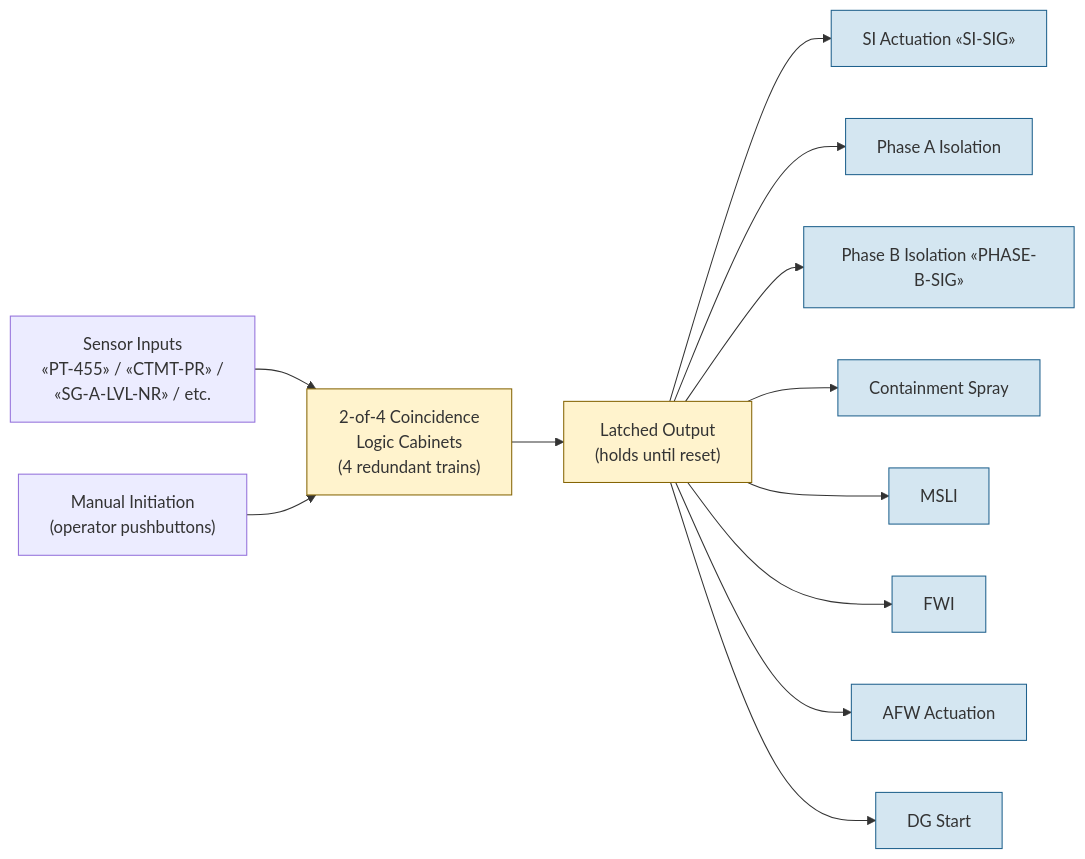
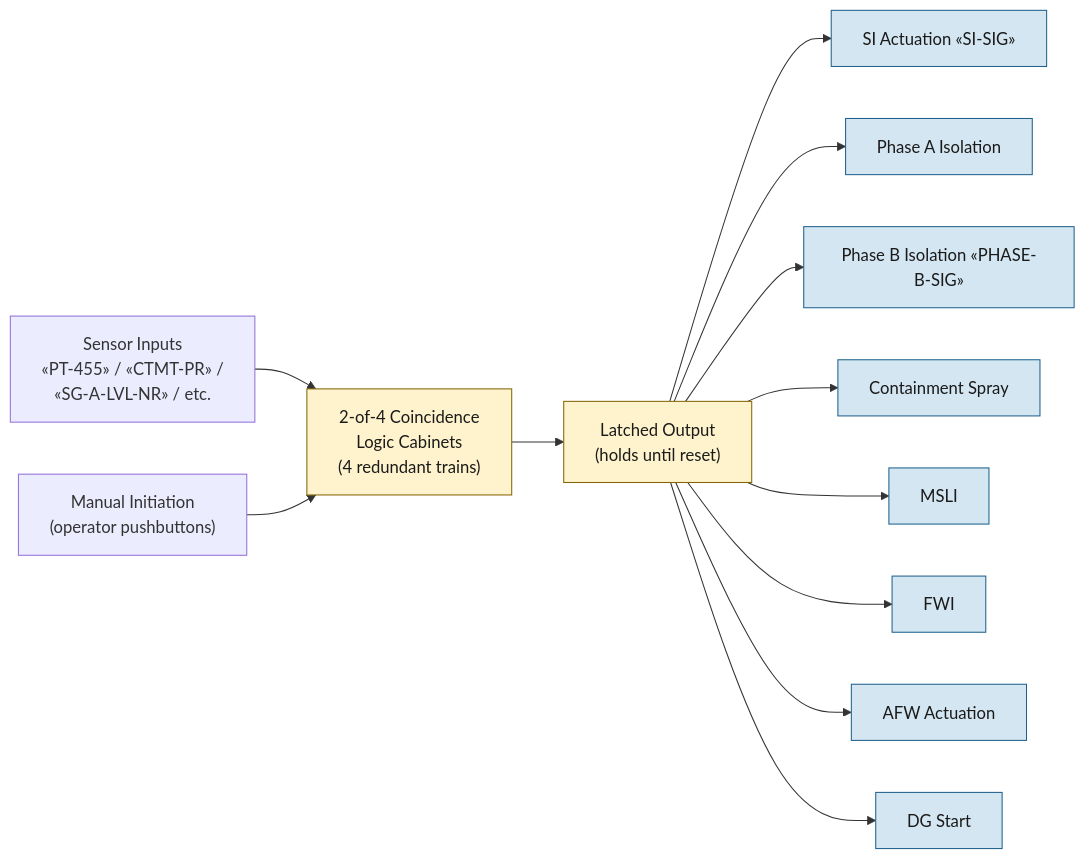
The diagram in wiki/systems/esf.md (samsinn-wikis/pwr-ops), drawn with Mermaid before and after one commit. The commit also changed 11 other files, not shown here.

First line of the commit message:
fix(systems): force dark text on light-fill mermaid nodes

````diff
--- a/wiki/systems/esf.md
+++ b/wiki/systems/esf.md
@@ -41,24 +41,24 @@
 ```mermaid
 flowchart LR
     SENSORS["Sensor Inputs<br/>«PT-455» / «CTMT-PR» /<br/>«SG-A-LVL-NR» / etc."]
     MANUAL["Manual Initiation<br/>(operator pushbuttons)"]
     BISTABLE["2-of-4 Coincidence<br/>Logic Cabinets<br/>(4 redundant trains)"]
     LATCH["Latched Output<br/>(holds until reset)"]
     SI["SI Actuation «SI-SIG»"]
     PA["Phase A Isolation"]
     PB["Phase B Isolation «PHASE-B-SIG»"]
     SPRAY["Containment Spray"]
     MSLI["MSLI"]
     FWI["FWI"]
     AFW["AFW Actuation"]
     DG["DG Start"]
 
     SENSORS & MANUAL --> BISTABLE
     BISTABLE --> LATCH
     LATCH --> SI & PA & PB & SPRAY & MSLI & FWI & AFW & DG
 
-    classDef logic fill:#fff3cd,stroke:#856404
-    classDef out fill:#d4e6f1,stroke:#1f618d
+    classDef logic fill:#fff3cd,stroke:#856404,color:#1a1a1a
+    classDef out fill:#d4e6f1,stroke:#1f618d,color:#1a1a1a
     class BISTABLE,LATCH logic
     class SI,PA,PB,SPRAY,MSLI,FWI,AFW,DG out
 ```
````
